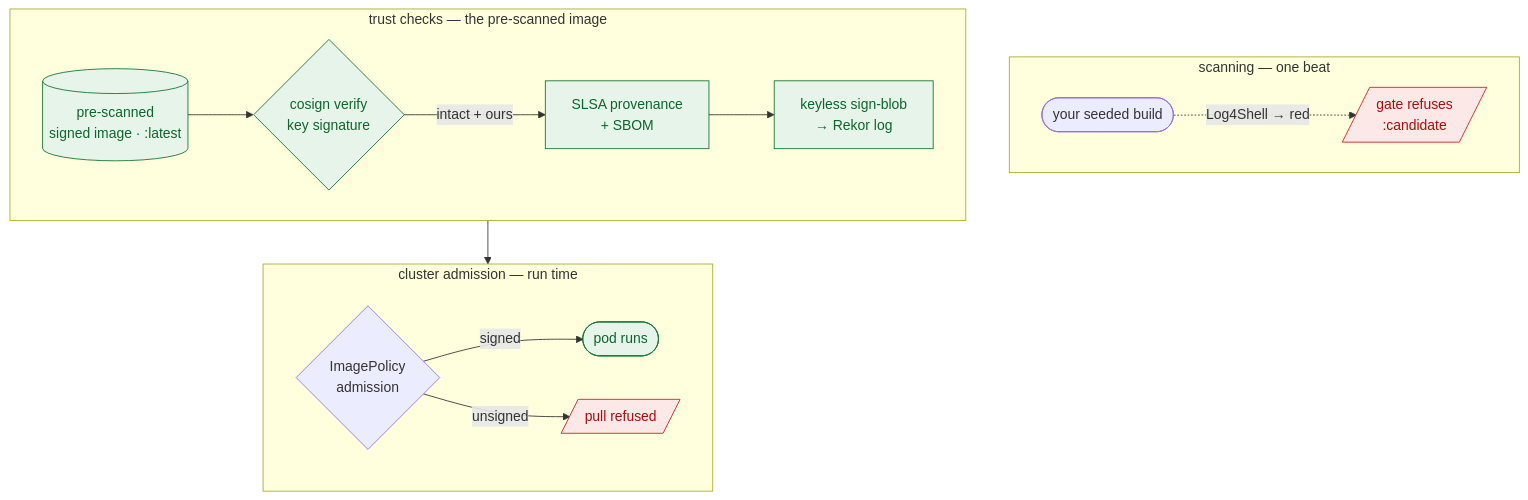
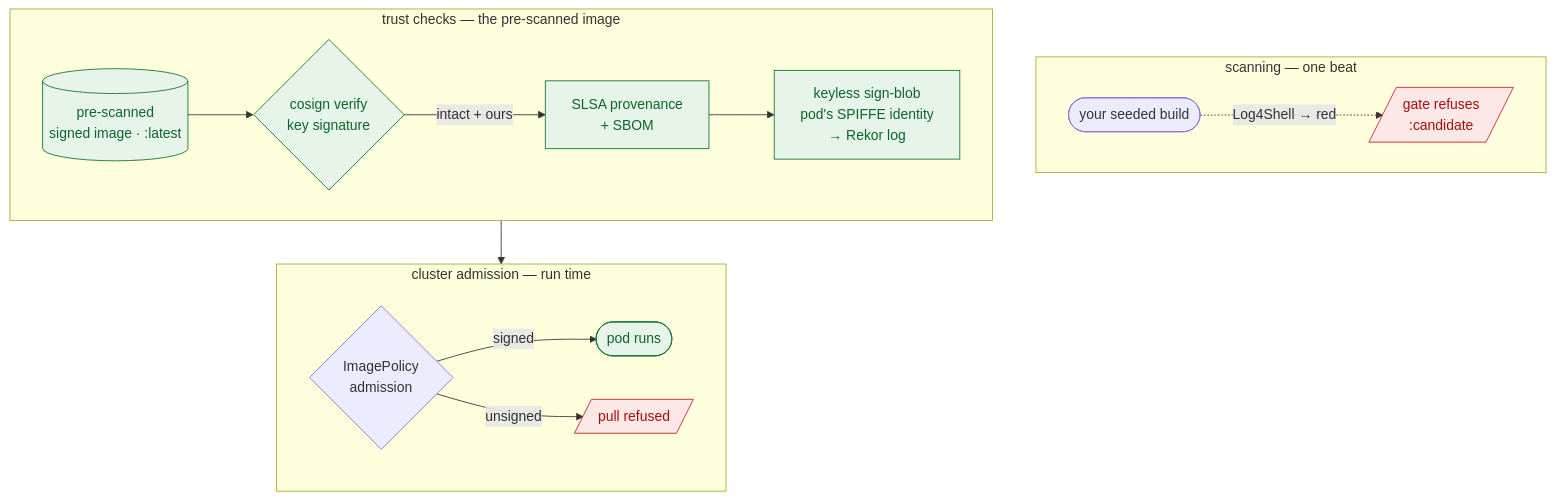
Before and after one commit to serhat-dirik/OCP-Getting-Started-Revamped: the diagram in content/modules/ROOT/examples/diagrams/trusted-supply-chain/03-what-you-built.mmd, drawn with Mermaid. The commit also changed 7 other files, not shown here.

```diff
--- a/content/modules/ROOT/examples/diagrams/trusted-supply-chain/03-what-you-built.mmd
+++ b/content/modules/ROOT/examples/diagrams/trusted-supply-chain/03-what-you-built.mmd
@@ -1,32 +1,34 @@
 %% What you built — Trusted Software Supply Chain.
 %% Two images, one narrative: the live scan-gate demo on the seeded branch (top), then the
 %% pre-scanned/signed image's trust chain — verify, provenance, keyless sign+Rekor — through to
 %% cluster admission (bottom two rows). Illustrates wrapup.adoc "What you built".
 %% Resized 2026-08-22: was one flowchart LR row (intrinsic 1666x347, rendered 900x187, text at
 %% 0.54x — too wide, and WARM had a third label line). Wrapped the long chain into two
 %% direction-LR subgraphs stacked under the existing scanning subgraph, and compressed WARM to
 %% two lines, per the diagram-resize rules.
 %% Follow-up 2026-08-22: KEY-->ADM crossed the VERIFY/ADMIT boundary, silently disabling direction
 %% for both. Fixed by routing it container-to-container: VERIFY-->ADMIT (no label existed to move).
+%% 2026-11-13: KEY names the signer — exercise 4 signs with the attendee pod's SPIFFE workload identity
+%% (Zero Trust Workload Identity Manager), not a ServiceAccount token. Three lines, still under tall-label.
 flowchart TB
   subgraph SCAN["scanning — one beat"]
     direction LR
     SEED([your seeded build]) -. "Log4Shell → red" .-> STOP[/gate refuses<br/>:candidate/]
   end
   subgraph VERIFY["trust checks — the pre-scanned image"]
     direction LR
     WARM[(pre-scanned<br/>signed image · :latest)] --> VER{cosign verify<br/>key signature}
     VER -->|intact + ours| PROV[SLSA provenance<br/>+ SBOM]
-    PROV --> KEY[keyless sign-blob<br/>→ Rekor log]
+    PROV --> KEY[keyless sign-blob<br/>pod's SPIFFE identity<br/>→ Rekor log]
   end
   subgraph ADMIT["cluster admission — run time"]
     direction LR
     ADM{ImagePolicy<br/>admission}
     ADM -->|signed| RUN([pod runs])
     ADM -->|unsigned| DENY[/pull refused/]
   end
   VERIFY --> ADMIT
   classDef g fill:#e6f4ea,stroke:#137333,color:#0d652d;
   classDef r fill:#fce8e6,stroke:#c5221f,color:#a50e0e;
   class WARM,RUN,PROV,KEY,VER g;
   class STOP,DENY r;
```
